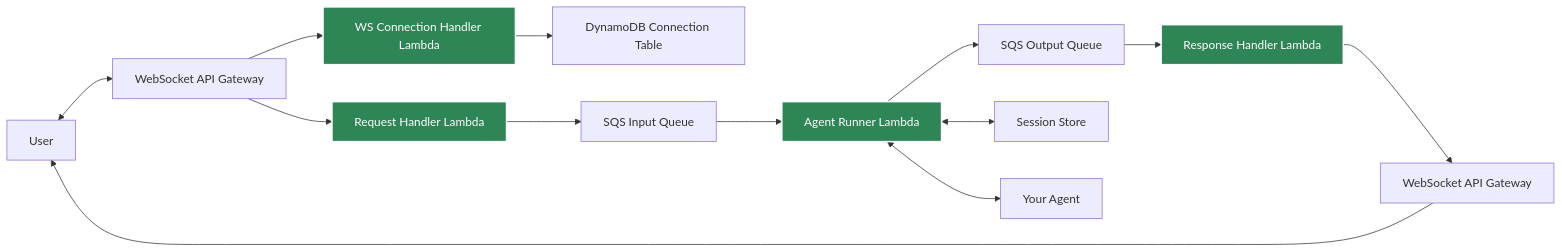
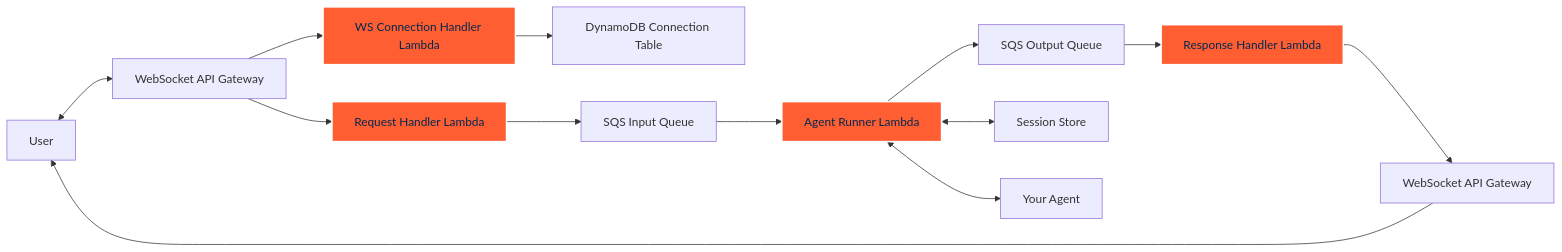
One commit to yaalalabs/agent-kernel changed the third of 6 diagrams in docs/docs/deployment/aws-serverless.md. Above: the diagram before and after it, drawn with Mermaid. The commit also changed other lines of this file and 444 other files, not shown here.

````diff
--- a/docs/docs/deployment/aws-serverless.md
+++ b/docs/docs/deployment/aws-serverless.md
@@ -71,23 +71,23 @@
 ```mermaid
 graph LR
     A[User] <--> B[WebSocket API Gateway]
     B --> C[WS Connection Handler Lambda]
     B --> D[Request Handler Lambda]
     
     C --> E[DynamoDB Connection Table]
     D --> F[SQS Input Queue]
     F --> G[Agent Runner Lambda]
     
     G --> H[SQS Output Queue]
     H --> I[Response Handler Lambda]
     I --> J[WebSocket API Gateway]
     J --> A
     
     G <--> K[Session Store]
     G <--> L[Your Agent]
     
-    style C fill:#2e8555,stroke:#fff,stroke-width:2px,color:#fff
-    style D fill:#2e8555,stroke:#fff,stroke-width:2px,color:#fff
-    style G fill:#2e8555,stroke:#fff,stroke-width:2px,color:#fff
-    style I fill:#2e8555,stroke:#fff,stroke-width:2px,color:#fff
+    style C fill:#FF5E32,stroke:#fff,stroke-width:2px,color:#02284F
+    style D fill:#FF5E32,stroke:#fff,stroke-width:2px,color:#02284F
+    style G fill:#FF5E32,stroke:#fff,stroke-width:2px,color:#02284F
+    style I fill:#FF5E32,stroke:#fff,stroke-width:2px,color:#02284F
 ```
````
